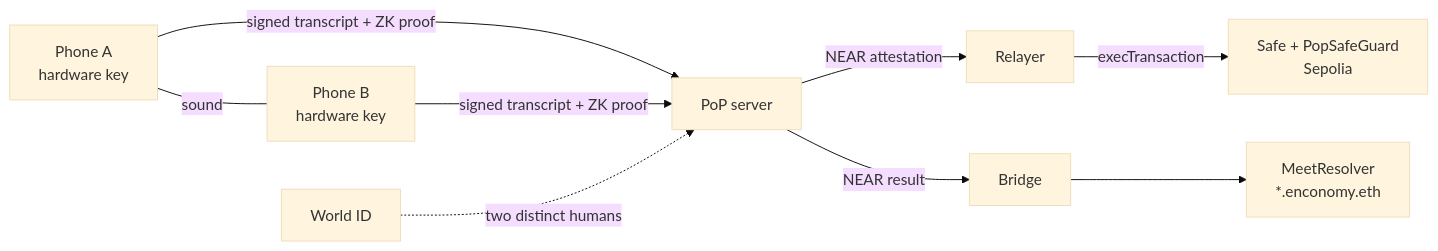
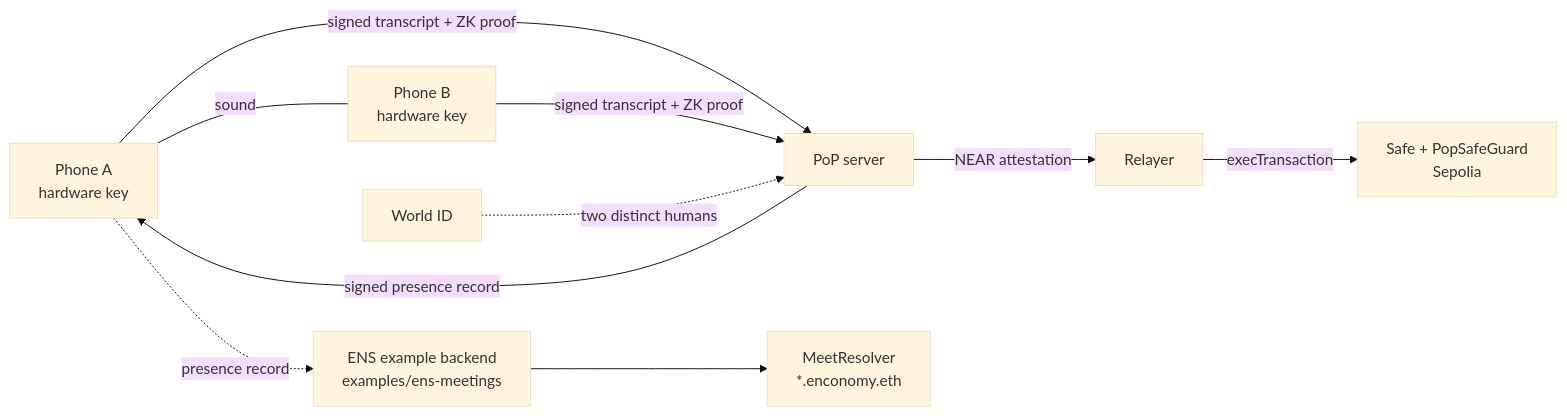
The first of 2 diagrams in README.md (tawago/enconomy), drawn with Mermaid (base theme) before and after one commit. The commit also changed other lines of this file and 95 other files, not shown here.

First line of the commit message:
Decouple 1/7: core presence record, and ENS moves to examples/ (#19)

````diff
--- a/README.md
+++ b/README.md
@@ -11,11 +11,12 @@
 ```mermaid
 flowchart LR
     A["Phone A<br/>hardware key"] -- "sound" --- B["Phone B<br/>hardware key"]
     A -- "signed transcript + ZK proof" --> S["PoP server"]
     B -- "signed transcript + ZK proof" --> S
     W["World ID"] -. "two distinct humans" .-> S
     S -- "NEAR attestation" --> R["Relayer"]
     R -- "execTransaction" --> G["Safe + PopSafeGuard<br/>Sepolia"]
-    S -- "NEAR result" --> E["Bridge"]
+    S -- "signed presence record" --> A
+    A -. "presence record" .-> E["ENS example backend<br/>examples/ens-meetings"]
     E --> M["MeetResolver<br/>*.enconomy.eth"]
 ```
````
